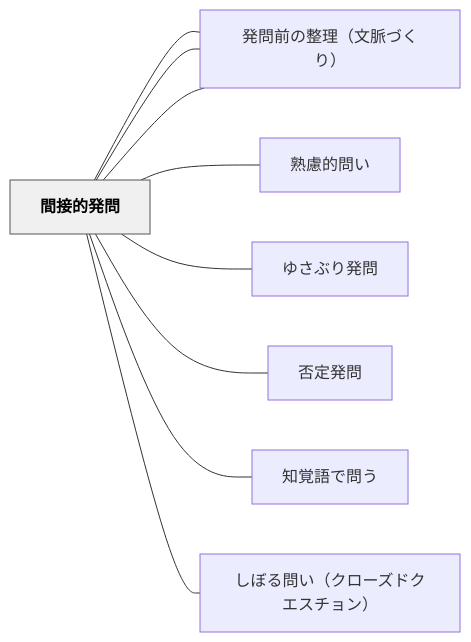
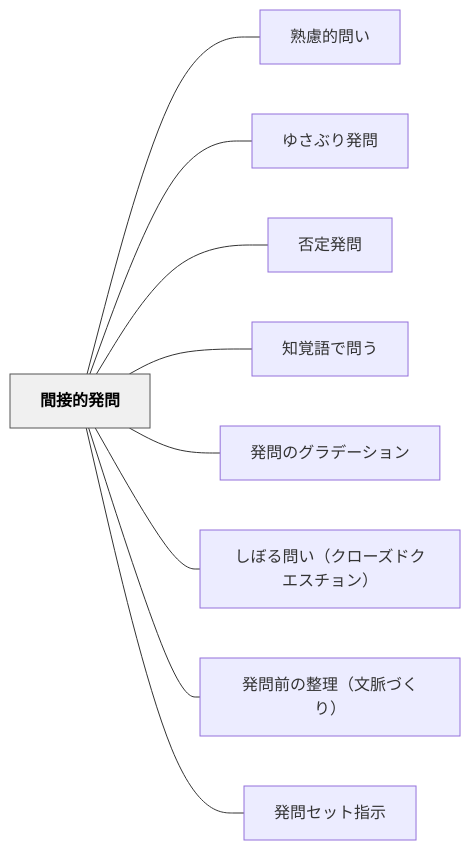
The diagram in content/パタン/間接的発問.md (unknownthings-ed-patterns/unknownthings-ed-patterns), drawn with Mermaid before and after one commit. The commit also changed other lines of this file and 527 other files, not shown here.

````diff
--- a/content/パタン/間接的発問.md
+++ b/content/パタン/間接的発問.md
@@ -75,24 +75,24 @@
 ```mermaid
 flowchart LR
-    ne99693e68ea5["間接的発問"]
-    ne799bae5958f["発問セット指示"]
-    ne7869fe685ae["熟慮的問い"]
-    ne38286e38195["ゆさぶり発問"]
-    ne590a6e5ae9a["否定発問"]
-    ne79fa5e8a69a["知覚語で問う"]
-    ne799bae5958f["発問のグラデーション"]
-    ne38197e381bc["しぼる問い（クローズドクエスチョン）"]
-    ne799bae5958f["発問前の整理（文脈づくり）"]
+    ne99693e68ea5e79a84e799bae5958f["間接的発問"]
+    ne7869fe685aee79a84e5958fe38184["熟慮的問い"]
+    ne38286e38195e381b6e3828ae799bae5958f["ゆさぶり発問"]
+    ne590a6e5ae9ae799bae5958f["否定発問"]
+    ne79fa5e8a69ae8aa9ee381a7e5958fe38186["知覚語で問う"]
+    ne799bae5958fe381aee382b0e383a9e38387e383bce382b7e383a7e383b3["発問のグラデーション"]
+    ne38197e381bce3828be5958fe38184efbc88e382afe383ade383bce382bae38389e382afe382a8e382b9e38381e383a7e383b3efbc89["しぼる問い（クローズドクエスチョン）"]
+    ne799bae5958fe5898de381aee695b4e79086efbc88e69687e88488e381a5e3818fe3828aefbc89["発問前の整理（文脈づくり）"]
+    ne799bae5958fe382bbe38383e38388e68c87e7a4ba["発問セット指示"]
 
-    ne99693e68ea5 --- ne799bae5958f
-    ne99693e68ea5 --- ne7869fe685ae
-    ne99693e68ea5 --- ne38286e38195
-    ne99693e68ea5 --- ne590a6e5ae9a
-    ne99693e68ea5 --- ne79fa5e8a69a
-    ne99693e68ea5 --- ne799bae5958f
-    ne99693e68ea5 --- ne38197e381bc
-    ne99693e68ea5 --- ne799bae5958f
+    ne99693e68ea5e79a84e799bae5958f --- ne7869fe685aee79a84e5958fe38184
+    ne99693e68ea5e79a84e799bae5958f --- ne38286e38195e381b6e3828ae799bae5958f
+    ne99693e68ea5e79a84e799bae5958f --- ne590a6e5ae9ae799bae5958f
+    ne99693e68ea5e79a84e799bae5958f --- ne79fa5e8a69ae8aa9ee381a7e5958fe38186
+    ne99693e68ea5e79a84e799bae5958f --- ne799bae5958fe381aee382b0e383a9e38387e383bce382b7e383a7e383b3
+    ne99693e68ea5e79a84e799bae5958f --- ne38197e381bce3828be5958fe38184efbc88e382afe383ade383bce382bae38389e382afe382a8e382b9e38381e383a7e383b3efbc89
+    ne99693e68ea5e79a84e799bae5958f --- ne799bae5958fe5898de381aee695b4e79086efbc88e69687e88488e381a5e3818fe3828aefbc89
+    ne99693e68ea5e79a84e799bae5958f --- ne799bae5958fe382bbe38383e38388e68c87e7a4ba
 
     classDef hub fill:#f0f0f0,stroke:#555,color:#000,font-weight:bold
-    class ne99693e68ea5 hub
+    class ne99693e68ea5e79a84e799bae5958f hub
 ```
````
